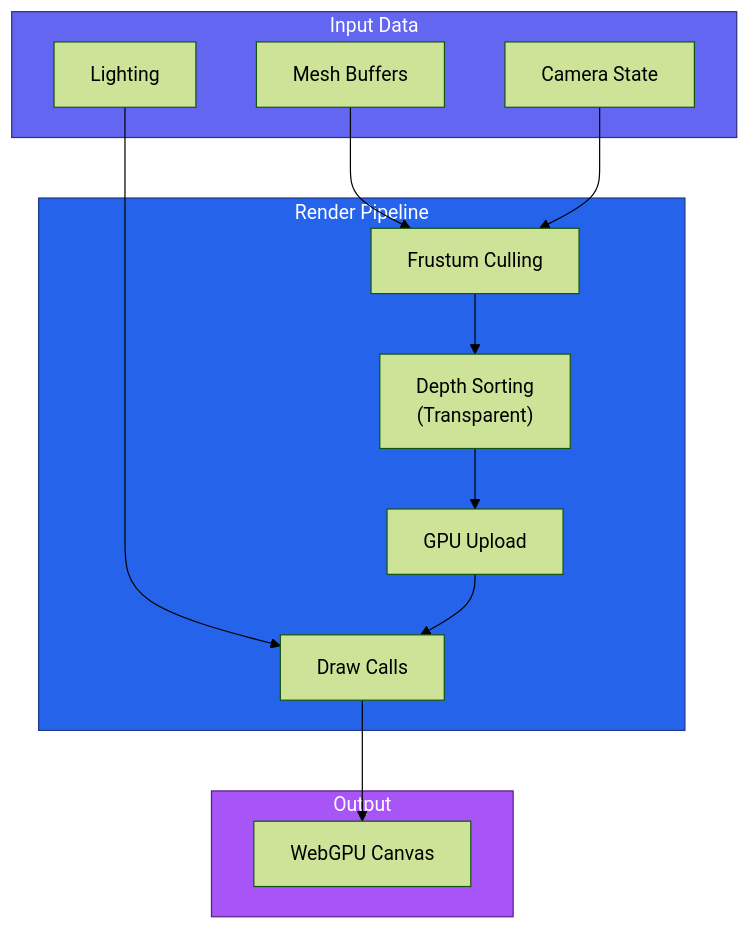
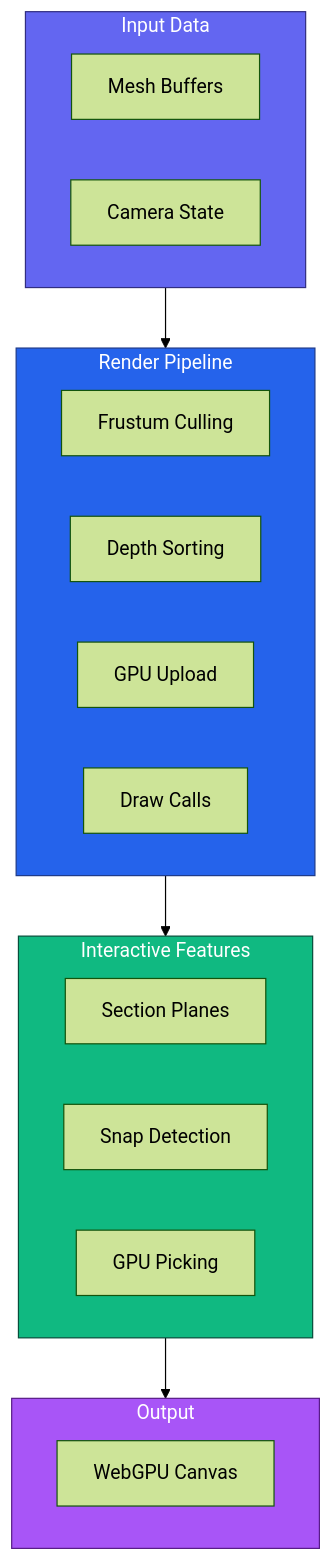
Before and after one commit to apollosbangalu/ifc-lite: the first of 2 diagrams in docs/guide/rendering.md, drawn with Mermaid (forest theme). The commit also changed other lines of this file and 8 other files, not shown here.

````diff
--- a/docs/guide/rendering.md
+++ b/docs/guide/rendering.md
@@ -9,31 +9,33 @@
 ```mermaid
 flowchart TB
     subgraph Input["Input Data"]
         Meshes["Mesh Buffers"]
         Camera["Camera State"]
-        Lights["Lighting"]
     end
 
     subgraph Pipeline["Render Pipeline"]
         Cull["Frustum Culling"]
-        Sort["Depth Sorting<br/>(Transparent)"]
+        Sort["Depth Sorting"]
         Upload["GPU Upload"]
         Render["Draw Calls"]
+    end
+
+    subgraph Features["Interactive Features"]
+        Section["Section Planes"]
+        Snap["Snap Detection"]
+        Pick["GPU Picking"]
     end
 
     subgraph Output["Output"]
         Canvas["WebGPU Canvas"]
     end
 
-    Meshes --> Cull
-    Camera --> Cull
-    Cull --> Sort
-    Sort --> Upload
-    Lights --> Render
-    Upload --> Render
-    Render --> Canvas
+    Input --> Pipeline
+    Pipeline --> Features
+    Features --> Output
 
     style Input fill:#6366f1,stroke:#312e81,color:#fff
     style Pipeline fill:#2563eb,stroke:#1e3a8a,color:#fff
+    style Features fill:#10b981,stroke:#064e3b,color:#fff
     style Output fill:#a855f7,stroke:#581c87,color:#fff
 ```
````
